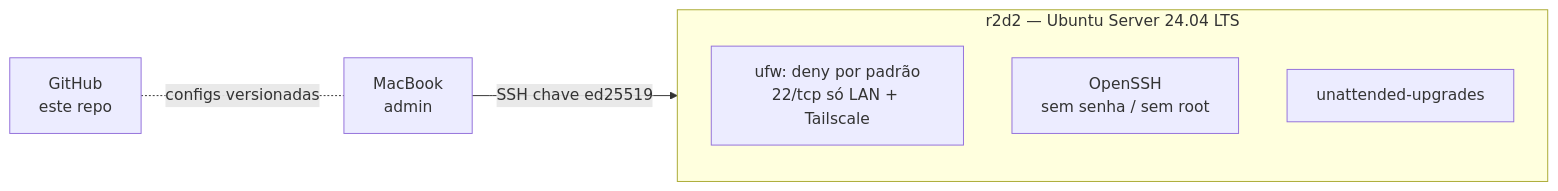
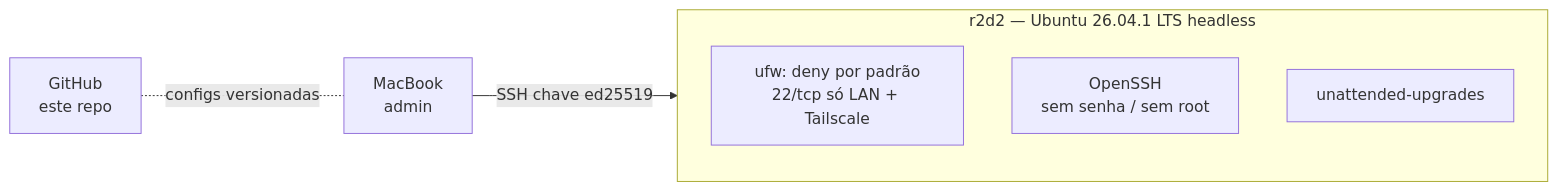
One commit to eduardonk9999/homelab changed the diagram in README.md. Above: the diagram before and after it, drawn with Mermaid. The commit also changed other lines of this file and 1 other file, not shown here.

Commit message:
adr 0001: manter Ubuntu 26.04.1 existente e converter pra headless

````diff
--- a/README.md
+++ b/README.md
@@ -18,10 +18,10 @@
 ```mermaid
 flowchart LR
   mac[MacBook<br/>admin] -- SSH chave ed25519 --> r2d2
-  subgraph r2d2[r2d2 — Ubuntu Server 24.04 LTS]
+  subgraph r2d2[r2d2 — Ubuntu 26.04.1 LTS headless]
     ufw[ufw: deny por padrão<br/>22/tcp só LAN + Tailscale]
     ssh[OpenSSH<br/>sem senha / sem root]
     upd[unattended-upgrades]
   end
   gh[GitHub<br/>este repo] -. configs versionadas .- mac
 ```
````
